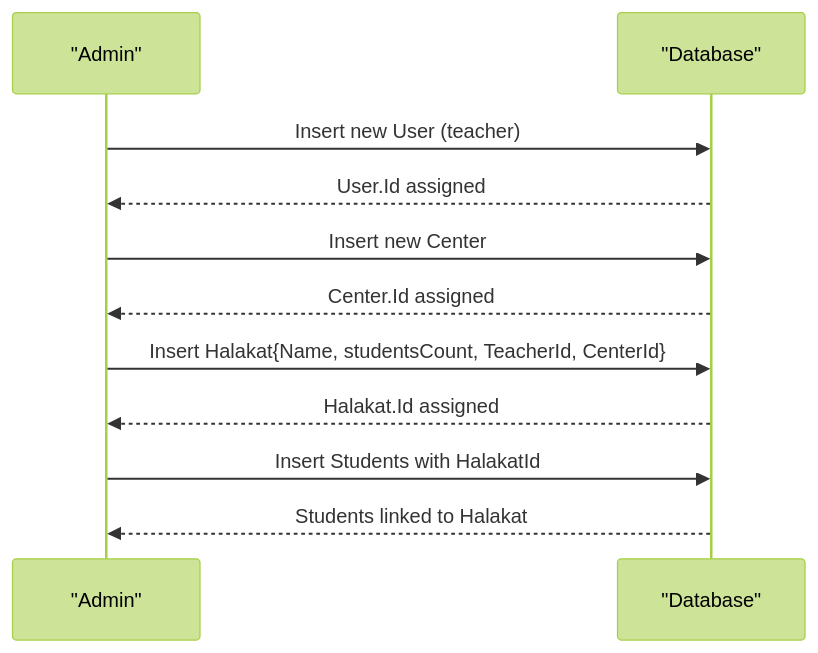
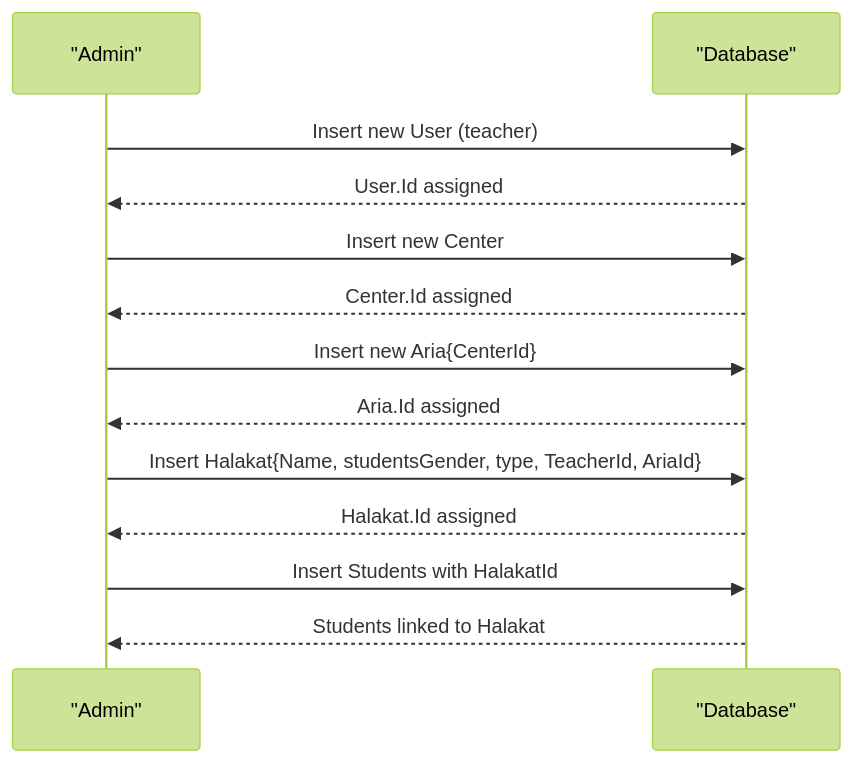
One commit to Mreng78/khirocom_project changed the third of 5 diagrams in .qoder/repowiki/en/content/Database Design/Halakat Model.md. Above: the diagram before and after it, drawn with Mermaid (forest theme). The commit also changed other lines of this file and 6 other files, not shown here.

````diff
--- a/.qoder/repowiki/en/content/Database Design/Halakat Model.md
+++ b/.qoder/repowiki/en/content/Database Design/Halakat Model.md
@@ -189,13 +228,15 @@
 ```mermaid
 sequenceDiagram
 participant Admin as "Admin"
 participant DB as "Database"
 Admin->>DB : Insert new User (teacher)
 DB-->>Admin : User.Id assigned
 Admin->>DB : Insert new Center
 DB-->>Admin : Center.Id assigned
-Admin->>DB : Insert Halakat{Name, studentsCount, TeacherId, CenterId}
+Admin->>DB : Insert new Aria{CenterId}
+DB-->>Admin : Aria.Id assigned
+Admin->>DB : Insert Halakat{Name, studentsGender, type, TeacherId, AriaId}
 DB-->>Admin : Halakat.Id assigned
 Admin->>DB : Insert Students with HalakatId
 DB-->>Admin : Students linked to Halakat
 ```
````
